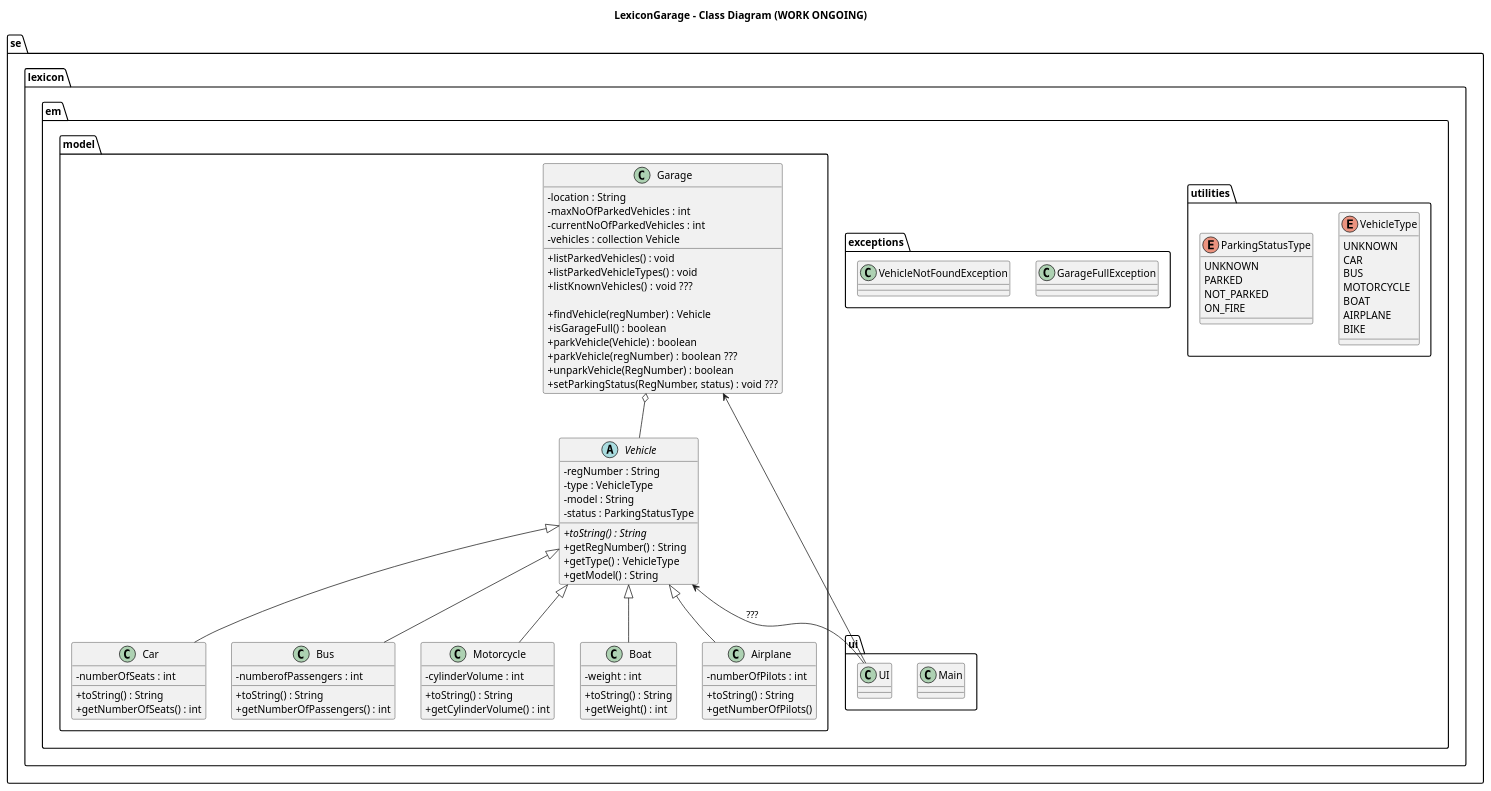
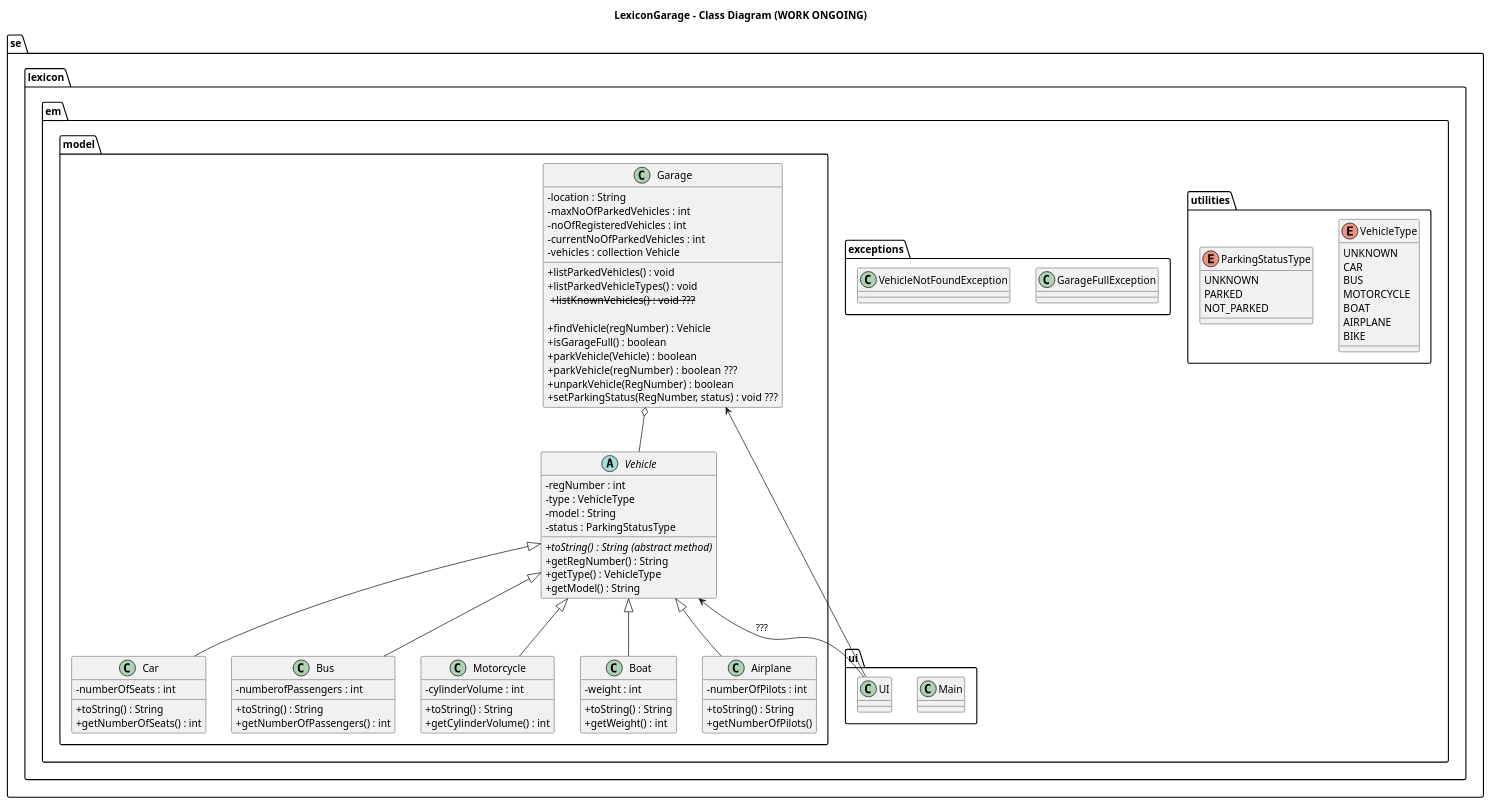
Before and after one commit to wikitrom/lexicon-garage: the diagram in classDiagram.puml, drawn with PlantUML.

Commit message:
Update class diagram (field added to Garage)

```diff
--- a/classDiagram.puml
+++ b/classDiagram.puml
@@ -1,138 +1,138 @@
 @startuml
 
 ' settings
 ' --------------------------------------------
 skinparam classAttributeIconSize 0
 
 title LexiconGarage - Class Diagram (WORK ONGOING)
 
 ' define packages/namespaces and/or classes
 ' --------------------------------------------
 
 namespace se.lexicon.em.utilities {
 enum VehicleType {
   UNKNOWN
   CAR
   BUS
   MOTORCYCLE
   BOAT
   AIRPLANE
   BIKE
 }
 
 enum ParkingStatusType {
   UNKNOWN
   PARKED
   NOT_PARKED
-  ON_FIRE
   }
 
 }
 ' --- end namespace/package
 
 namespace se.lexicon.em.ui {
 class Main
 class UI
 }
 ' --- end namespace/package
 
 namespace se.lexicon.em.exceptions {
 class GarageFullException
 class VehicleNotFoundException
 }
 ' --- end namespace/package
 
 namespace se.lexicon.em.model {
 
 ' -- Classes
 class Garage {
   -location : String
   -maxNoOfParkedVehicles : int
+  -noOfRegisteredVehicles : int
   -currentNoOfParkedVehicles : int
   -vehicles : collection Vehicle
 
   +listParkedVehicles() : void
   +listParkedVehicleTypes() : void
-  +listKnownVehicles() : void  ???
+ <strike> +listKnownVehicles() : void  ??? </strike>
 
   +findVehicle(regNumber) : Vehicle
   +isGarageFull() : boolean
   +parkVehicle(Vehicle) : boolean
   +parkVehicle(regNumber) : boolean  ???
   +unparkVehicle(RegNumber) : boolean
   +setParkingStatus(RegNumber, status) : void ???
 
 }
 
 abstract class Vehicle {
-  -regNumber : String
+  -regNumber : int
   -type : VehicleType
   -model : String
   -status : ParkingStatusType
 
-  {abstract} +toString() : String
+  {abstract} +toString() : String (abstract method)
   +getRegNumber() : String
   +getType() : VehicleType
   +getModel() : String
 
 }
 
 class Car {
   -numberOfSeats : int
 
   +toString() : String
   +getNumberOfSeats() : int
 }
 
 class Bus {
   -numberofPassengers : int
 
   +toString() : String
   +getNumberOfPassengers() : int
 }
 
 class Motorcycle {
   -cylinderVolume : int
 
   +toString() : String
   +getCylinderVolume() : int
 }
 
 class Boat {
   -weight : int
 
   +toString() : String
   +getWeight() : int
 }
 
 class Airplane {
  -numberOfPilots : int
 
   +toString() : String
   +getNumberOfPilots()
 }
 
 
 ' -- Relations
 
 Vehicle <|-- Car
 Vehicle <|-- Bus
 Vehicle <|-- Motorcycle
 Vehicle <|-- Boat
 Vehicle <|-- Airplane
 
 Garage o-- Vehicle
 
 }
 ' --- end namespace/package
 
 
 ' define relations between packages/namespaces
 ' --------------------------------------------
 
 se.lexicon.em.model.Garage <-down- se.lexicon.em.ui.UI
 se.lexicon.em.model.Vehicle <-down- se.lexicon.em.ui.UI  : ???
 ' se.lexicon.em.utilities -- se.lexicon.em.model.Vehicle
 ' se.lexicon.em.exceptions -up- se.lexicon.em.model
 
 @enduml
```
